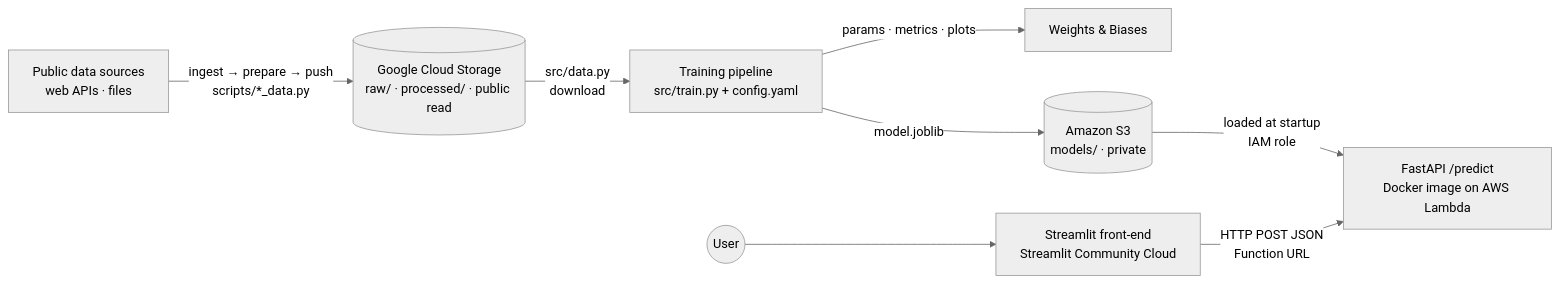
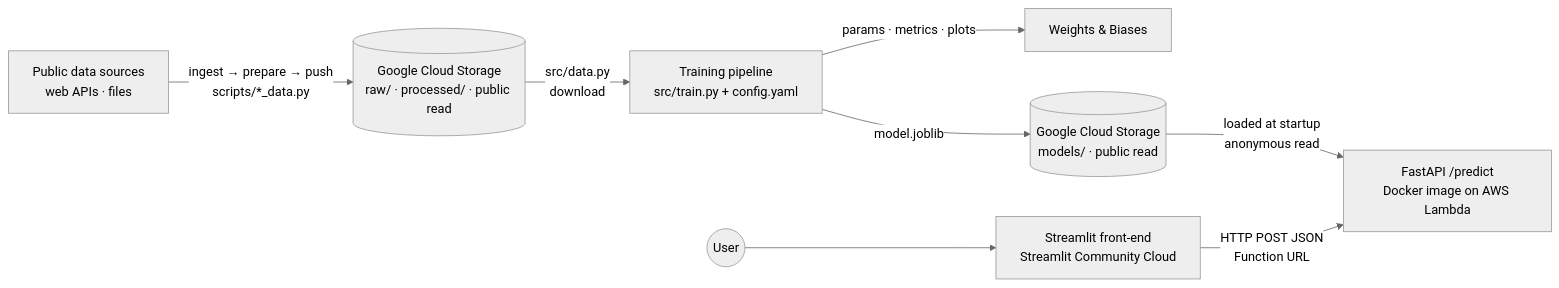
One commit to haydn-s/sourcing-data-project-3 changed the diagram in README.md. Above: the diagram before and after it, drawn with Mermaid (neutral theme). The commit also changed other lines of this file and 18 other files, not shown here.

First line of the commit message:
refactor(storage): drop S3 and keep data and models in Cloud Storage

````diff
--- a/README.md
+++ b/README.md
@@ -78,10 +78,10 @@
 ```mermaid
 flowchart LR
     SRC[Public data sources<br/>web APIs · files] -->|ingest → prepare → push<br/>scripts/*_data.py| STORED[(Google Cloud Storage<br/>raw/ · processed/ · public read)]
     STORED -->|src/data.py<br/>download| TRAIN[Training pipeline<br/>src/train.py + config.yaml]
     TRAIN -->|params · metrics · plots| WB[Weights & Biases]
-    TRAIN -->|model.joblib| STOREM[(Amazon S3<br/>models/ · private)]
-    STOREM -->|loaded at startup<br/>IAM role| API[FastAPI /predict<br/>Docker image on AWS Lambda]
+    TRAIN -->|model.joblib| STOREM[(Google Cloud Storage<br/>models/ · public read)]
+    STOREM -->|loaded at startup<br/>anonymous read| API[FastAPI /predict<br/>Docker image on AWS Lambda]
     UI[Streamlit front-end<br/>Streamlit Community Cloud] -->|HTTP POST JSON<br/>Function URL| API
     USER((User)) --> UI
 ```
````
